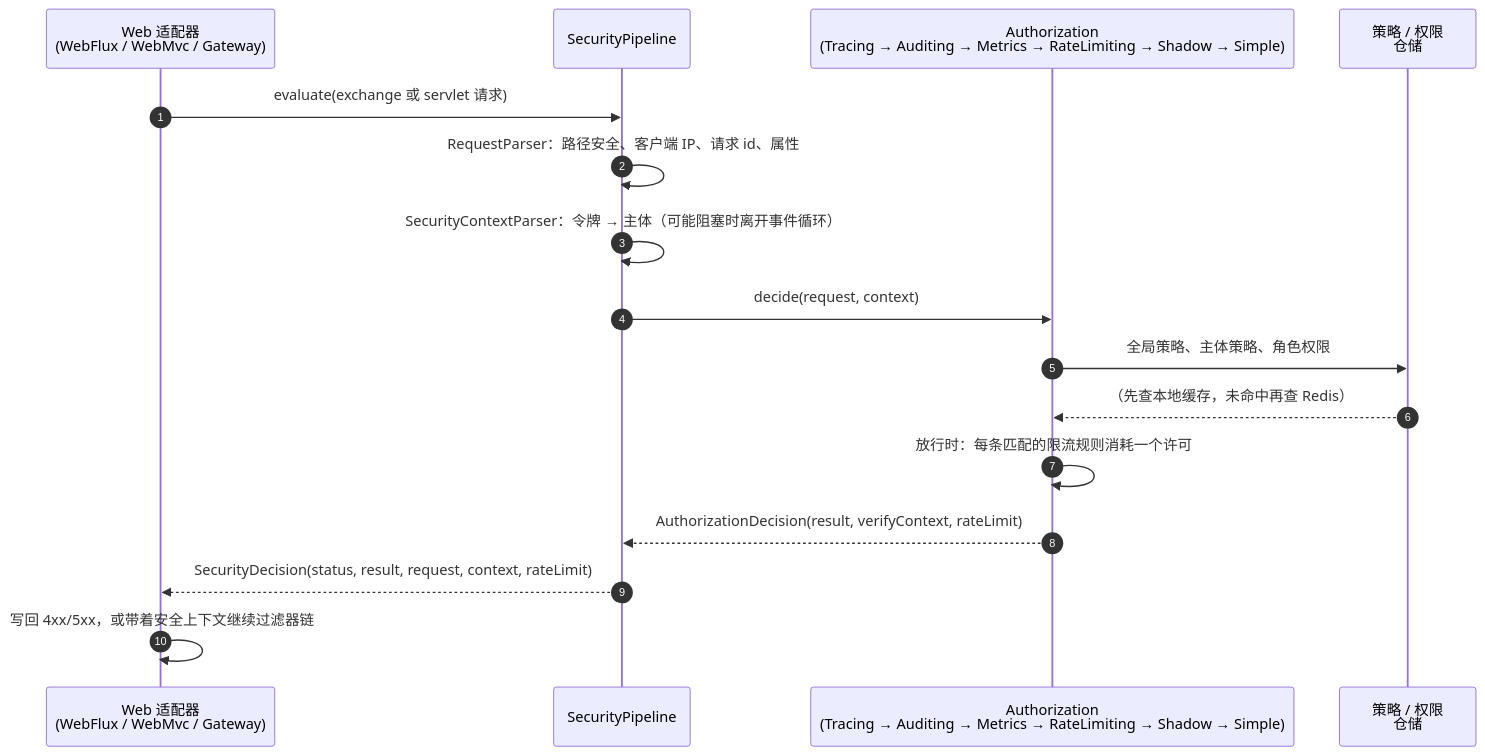
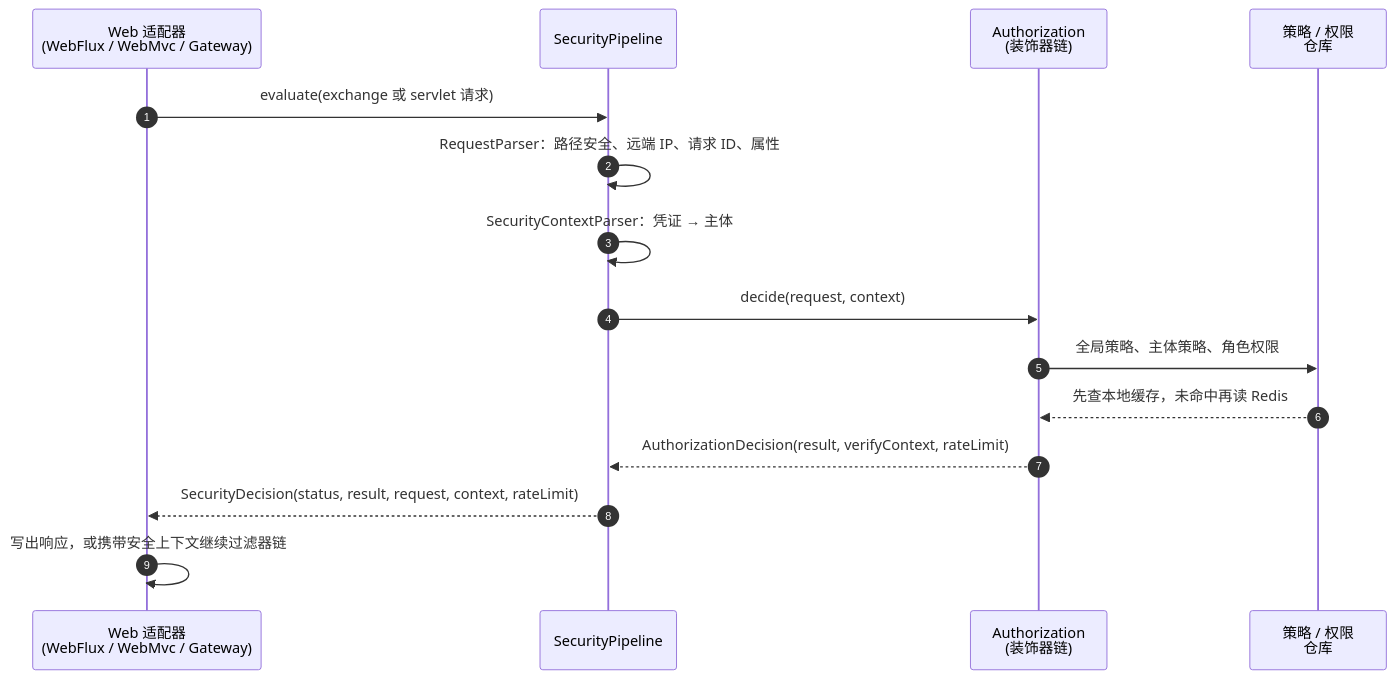
The second of 3 diagrams in wiki/zh/architecture/overview.md (Ahoo-Wang/CoSec), drawn with Mermaid before and after one commit. The commit also changed other lines of this file and 79 other files, not shown here.

````diff
--- a/wiki/zh/architecture/overview.md
+++ b/wiki/zh/architecture/overview.md
@@ -33,18 +50,17 @@
 ```mermaid
 sequenceDiagram
     autonumber
     participant A as Web 适配器<br>(WebFlux / WebMvc / Gateway)
     participant P as SecurityPipeline
-    participant Z as Authorization<br>(Tracing → Auditing → Metrics → RateLimiting → Shadow → Simple)
-    participant R as 策略 / 权限<br>仓储
+    participant Z as Authorization<br>(装饰器链)
+    participant R as 策略 / 权限<br>仓库
     A->>P: evaluate(exchange 或 servlet 请求)
-    P->>P: RequestParser：路径安全、客户端 IP、请求 id、属性
-    P->>P: SecurityContextParser：令牌 → 主体（可能阻塞时离开事件循环）
+    P->>P: RequestParser：路径安全、远端 IP、请求 ID、属性
+    P->>P: SecurityContextParser：凭证 → 主体
     P->>Z: decide(request, context)
     Z->>R: 全局策略、主体策略、角色权限
-    R-->>Z: （先查本地缓存，未命中再查 Redis）
-    Z->>Z: 放行时：每条匹配的限流规则消耗一个许可
+    R-->>Z: 先查本地缓存，未命中再读 Redis
     Z-->>P: AuthorizationDecision(result, verifyContext, rateLimit)
     P-->>A: SecurityDecision(status, result, request, context, rateLimit)
-    A->>A: 写回 4xx/5xx，或带着安全上下文继续过滤器链
+    A->>A: 写出响应，或携带安全上下文继续过滤器链
 ```
````
